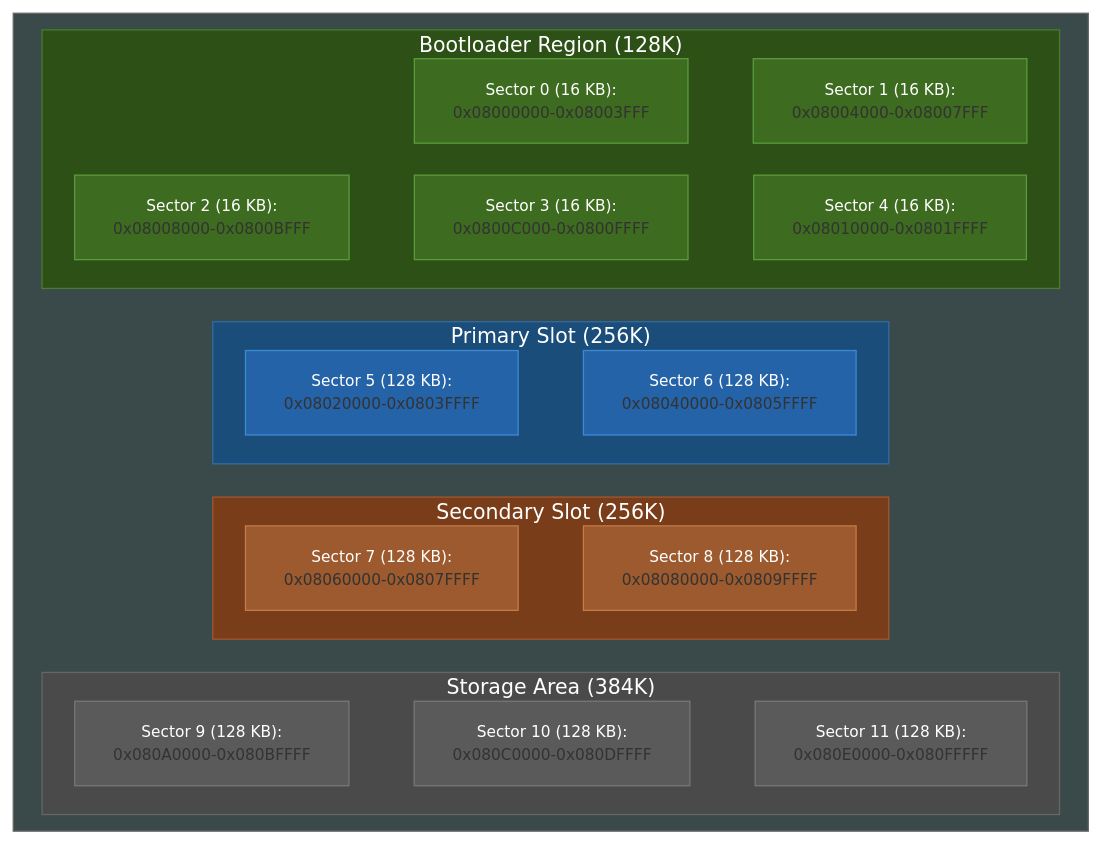
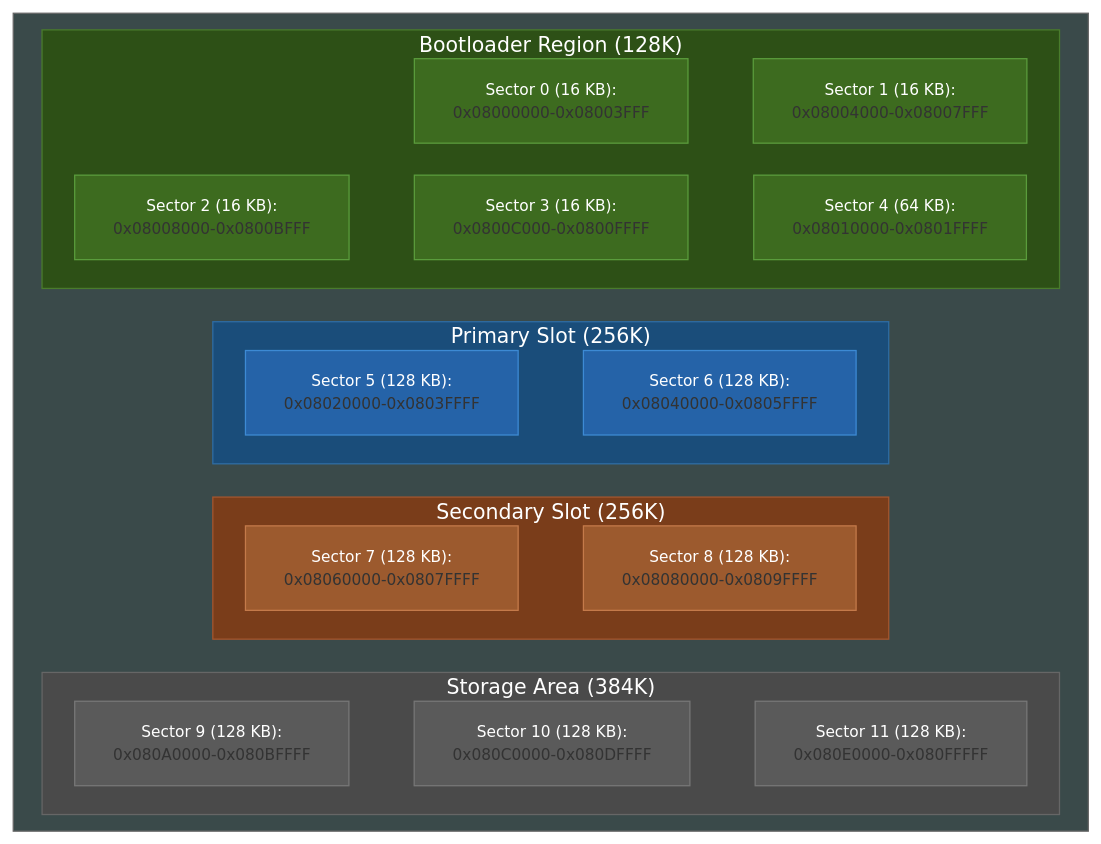
One commit to EvgeniyGA/wicked_boot changed the diagram in README.md. Above: the diagram before and after it, drawn with Mermaid.

````diff
--- a/README.md
+++ b/README.md
@@ -17,61 +17,61 @@
 ```mermaid
 flowchart TB
 
     %%{init: {'flowchart': {'nodeSpacing': 25, 'rankSpacing': 1,'useMaxWidth': false}}}%%
     subgraph STM32F407[" "]
         direction TB
         
         subgraph BOOT["Bootloader Region (128K)"]
             B1["Sector 0 (16 KB):<br/><span style='white-space: nowrap;'>0x08000000-0x08003FFF</span>"]
             B2["Sector 1 (16 KB):<br/><span style='white-space: nowrap;'>0x08004000-0x08007FFF</span>"]
             B3["Sector 2 (16 KB):<br/><span style='white-space: nowrap;'>0x08008000-0x0800BFFF</span>"]
             B4["Sector 3 (16 KB):<br/><span style='white-space: nowrap;'>0x0800C000-0x0800FFFF</span>"]
-            B5["Sector 4 (16 KB):<br/><span style='white-space: nowrap;'>0x08010000-0x0801FFFF</span>"]
+            B5["Sector 4 (64 KB):<br/><span style='white-space: nowrap;'>0x08010000-0x0801FFFF</span>"]
             B1 ~~~ B2
             B3 ~~~ B4
 			B4 ~~~ B5
         end
         
         subgraph PRIMARY["Primary Slot (256K)"]
 			P1["Sector 5 (128 KB):<br/><span style='white-space: nowrap;'>0x08020000-0x0803FFFF</span>"]
 			P2["Sector 6 (128 KB):<br/><span style='white-space: nowrap;'>0x08040000-0x0805FFFF</span>"]
 			P1 ~~~ P2
         end
         
         subgraph SECONDARY["Secondary Slot (256K)"]
 			S1["Sector 7 (128 KB):<br/><span style='white-space: nowrap;'> 0x08060000-0x0807FFFF</span>"]
 			S2["Sector 8 (128 KB):<br/><span style='white-space: nowrap;'> 0x08080000-0x0809FFFF</span>"]
 			S1 ~~~ S2
         end
         
         subgraph SCRATCH["Storage Area (384K)"]
             SC1["Sector 9  (128 KB):<br/><span style='white-space: nowrap;'> 0x080A0000-0x080BFFFF</span>"]
 			SC2["Sector 10 (128 KB):<br/><span style='white-space: nowrap;'> 0x080C0000-0x080DFFFF</span>"]
 			SC3["Sector 11 (128 KB):<br/><span style='white-space: nowrap;'> 0x080E0000-0x080FFFFF</span>"]
 			SC1 ~~~ SC2
 			SC2 ~~~ SC3
         end
 
         BOOT ~~~ PRIMARY
         PRIMARY ~~~ SECONDARY
         SECONDARY ~~~ SCRATCH
     end
 
     style STM32F407 fill:#3a4a4a,stroke:#666,stroke-width:1px,color:#fff
     style BOOT fill:#2d5016,stroke:#4a7c2c,stroke-width:1px,color:#fff
     style PRIMARY fill:#1a4d7a,stroke:#2e6da4,stroke-width:1px,color:#fff
     style SECONDARY fill:#7a3d1a,stroke:#a4562e,stroke-width:1px,color:#fff
     style SCRATCH fill:#4a4a4a,stroke:#666,stroke-width:1px,color:#fff
     style B1 fill:#3d6b1f,stroke:#5a9c3c,stroke-width:1px,color:#fff,font-size:12px
     style B2 fill:#3d6b1f,stroke:#5a9c3c,stroke-width:1px,color:#fff,font-size:12px
     style B3 fill:#3d6b1f,stroke:#5a9c3c,stroke-width:1px,color:#fff,font-size:12px
     style B4 fill:#3d6b1f,stroke:#5a9c3c,stroke-width:1px,color:#fff,font-size:12px
     style B5 fill:#3d6b1f,stroke:#5a9c3c,stroke-width:1px,color:#fff,font-size:12px
     style P1 fill:#2563a8,stroke:#3d8ad4,stroke-width:1px,color:#fff,font-size:12px
     style P2 fill:#2563a8,stroke:#3d8ad4,stroke-width:1px,color:#fff,font-size:12px
     style S1 fill:#9c5a2e,stroke:#c47a4a,stroke-width:1px,color:#fff,font-size:12px
     style S2 fill:#9c5a2e,stroke:#c47a4a,stroke-width:1px,color:#fff,font-size:12px
     style SC1 fill:#5a5a5a,stroke:#777,stroke-width:1px,color:#fff,font-size:12px
     style SC2 fill:#5a5a5a,stroke:#777,stroke-width:1px,color:#fff,font-size:12px
     style SC3 fill:#5a5a5a,stroke:#777,stroke-width:1px,color:#fff,font-size:12px
 ```
````
